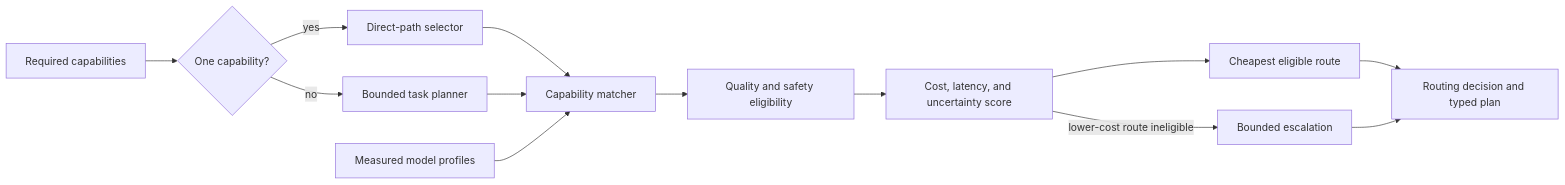
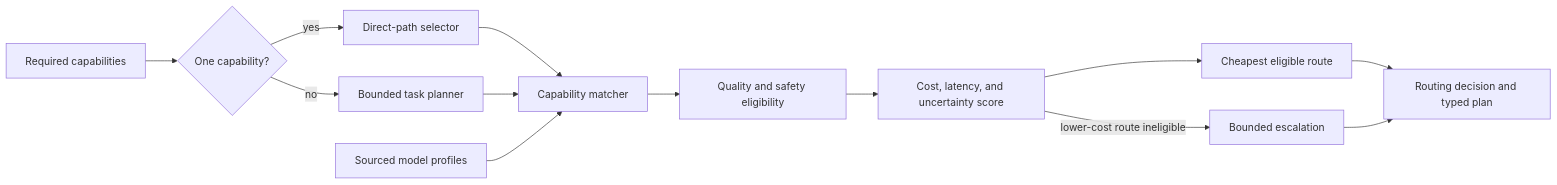
Before and after one commit to lazineziri/iRoute: the seventh of 17 diagrams in docs/architecture.md, drawn with Mermaid. The commit also changed other lines of this file and 25 other files, not shown here.

````diff
--- a/docs/architecture.md
+++ b/docs/architecture.md
@@ -103,15 +103,15 @@
 ```mermaid
 flowchart LR
     A["Required capabilities"] --> B{"One capability?"}
     B -->|"yes"| C["Direct-path selector"]
     B -->|"no"| D["Bounded task planner"]
     C --> E["Capability matcher"]
     D --> E
-    F["Measured model profiles"] --> E
+    F["Sourced model profiles"] --> E
     E --> G["Quality and safety eligibility"]
     G --> H["Cost, latency, and uncertainty score"]
     H --> I["Cheapest eligible route"]
     H -->|"lower-cost route ineligible"| J["Bounded escalation"]
     I --> K["Routing decision and typed plan"]
     J --> K
 ```
````
